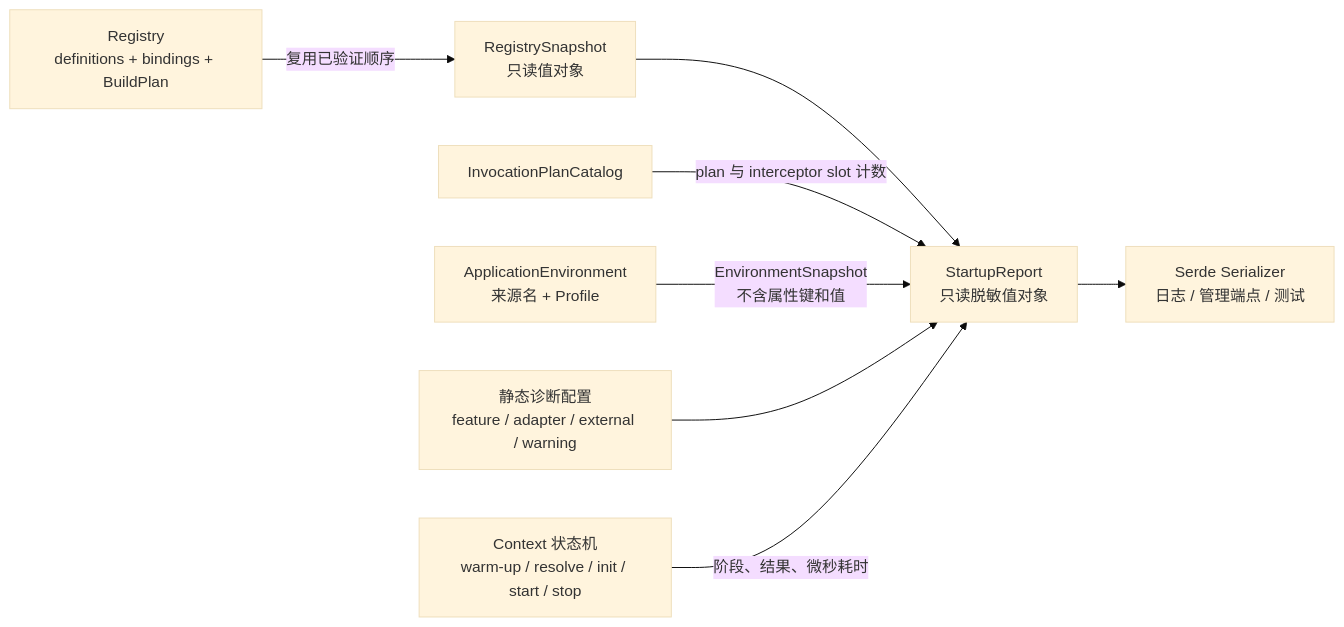
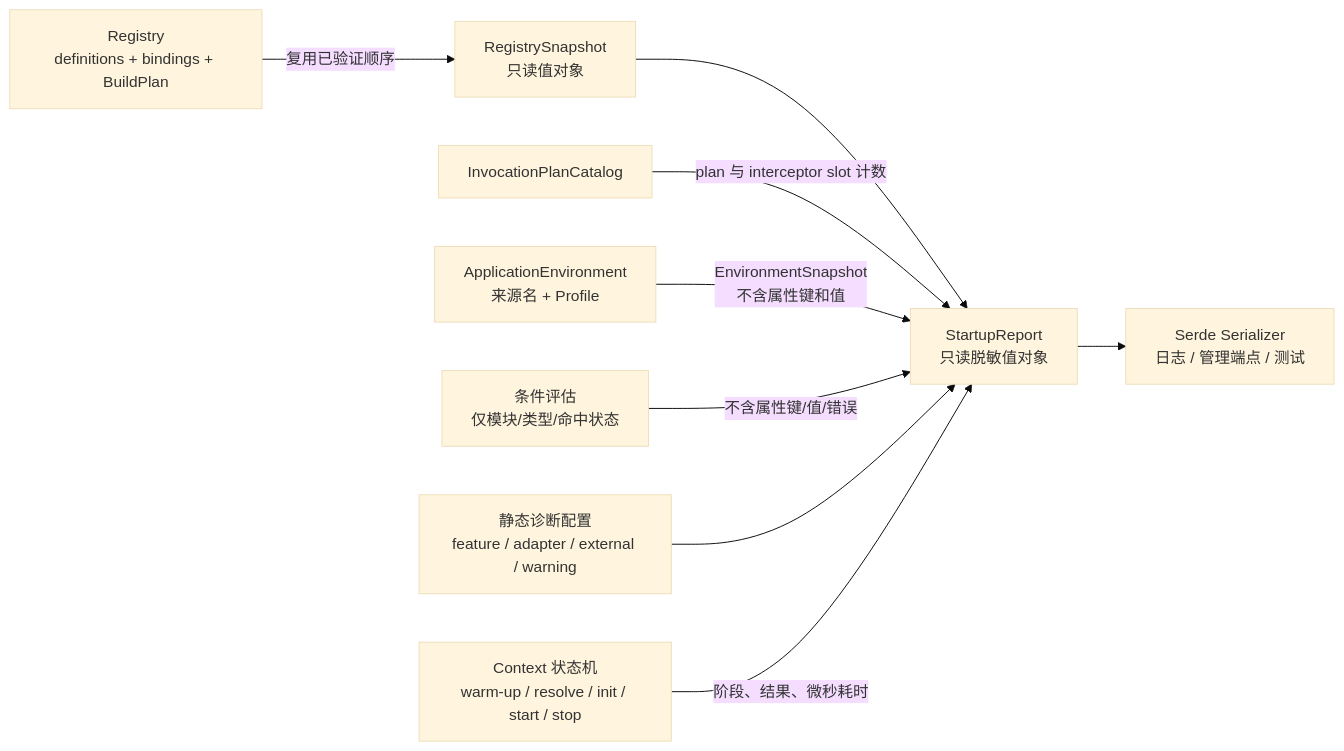
Diagram 19 of 19 in docs/Vernal-Architecture.zh_CN.md (easy-4-rust/vernal), drawn with Mermaid (base theme) before and after one commit. The commit also changed other lines of this file and 18 other files, not shown here.

````diff
--- a/docs/Vernal-Architecture.zh_CN.md
+++ b/docs/Vernal-Architecture.zh_CN.md
@@ -987,19 +1043,21 @@
 ```mermaid
 flowchart LR
     Registry["Registry<br/>definitions + bindings + BuildPlan"]
     Catalog["InvocationPlanCatalog"]
     Environment["ApplicationEnvironment<br/>来源名 + Profile"]
+    Conditions["条件评估<br/>仅模块/类型/命中状态"]
     Static["静态诊断配置<br/>feature / adapter / external / warning"]
     Lifecycle["Context 状态机<br/>warm-up / resolve / init / start / stop"]
     Snapshot["RegistrySnapshot<br/>只读值对象"]
     Report["StartupReport<br/>只读脱敏值对象"]
     Output["Serde Serializer<br/>日志 / 管理端点 / 测试"]
 
     Registry -->|"复用已验证顺序"| Snapshot
     Snapshot --> Report
     Catalog -->|"plan 与 interceptor slot 计数"| Report
     Environment -->|"EnvironmentSnapshot<br/>不含属性键和值"| Report
+    Conditions -->|"不含属性键/值/错误"| Report
     Static --> Report
     Lifecycle -->|"阶段、结果、微秒耗时"| Report
     Report --> Output
 ```
````
